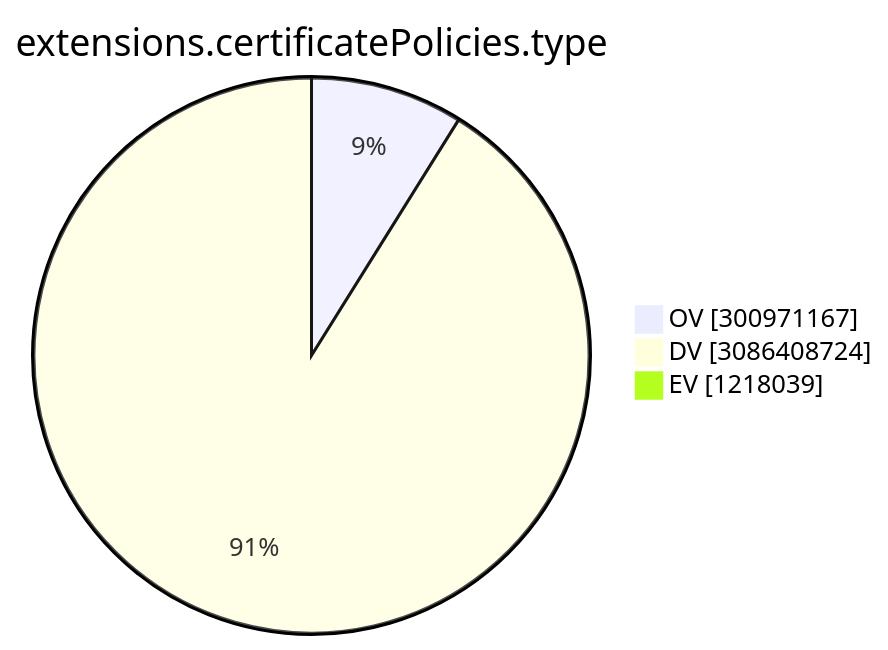
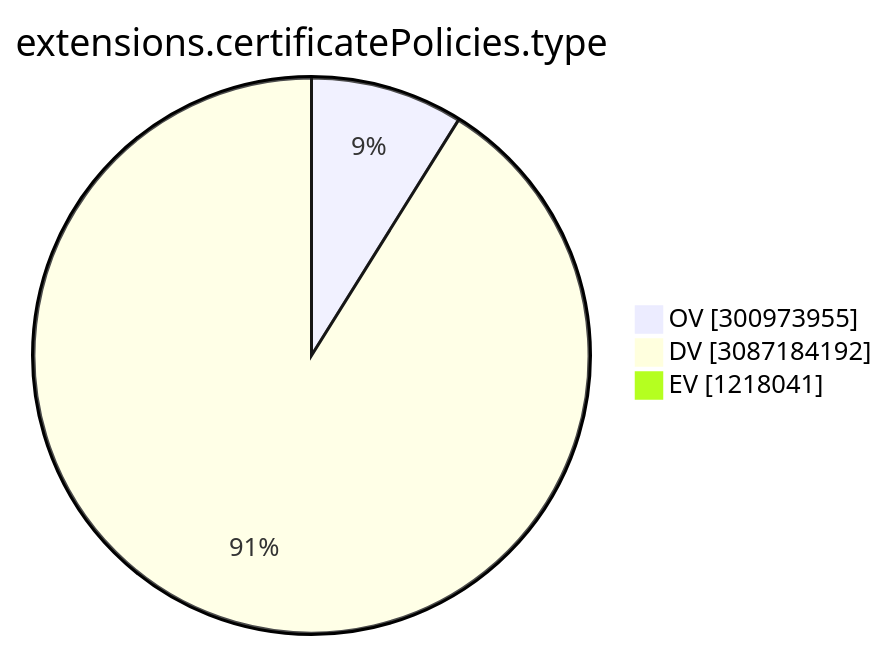
One commit to christiankrug/ctmonitor_visualization changed the ninth of 15 diagrams in TOTAL/README.md. Above: the diagram before and after it, drawn with Mermaid. The commit also changed other lines of this file, not shown here.

````diff
--- a/TOTAL/README.md
+++ b/TOTAL/README.md
@@ -3103,7 +3103,7 @@
 ```mermaid
 pie showData
 title extensions.certificatePolicies.type
-"OV" :300971167
-"DV" :3086408724
-"EV" :1218039
+"OV" :300973955
+"DV" :3087184192
+"EV" :1218041
 ```
````
